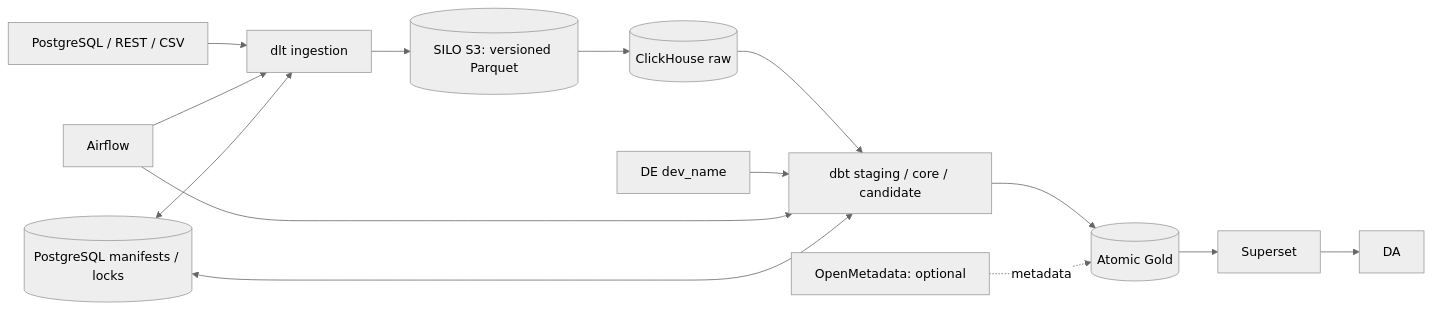
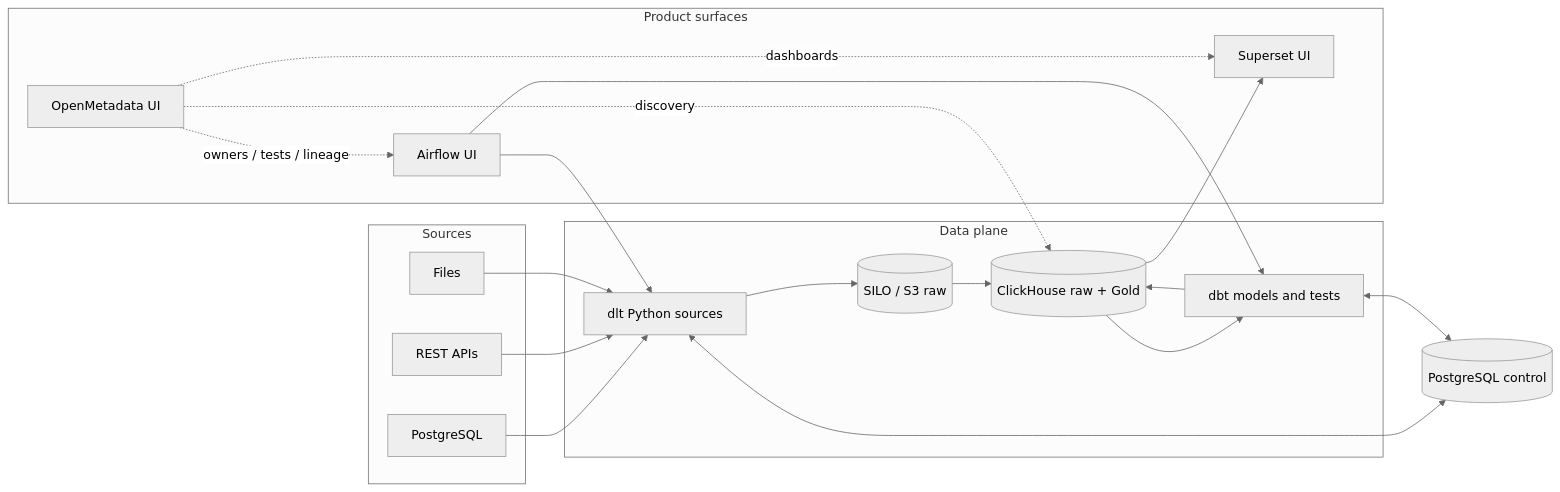
One commit to stephen-mt/Kest changed the diagram in docs/architecture.md. Above: the diagram before and after it, drawn with Mermaid (neutral theme). The commit also changed other lines of this file and 37 other files, not shown here.

````diff
--- a/docs/architecture.md
+++ b/docs/architecture.md
@@ -3,15 +3,29 @@
 ```mermaid
 flowchart LR
-  SRC[PostgreSQL / REST / CSV] --> ING[dlt ingestion]
-  ING --> S3[(SILO S3: versioned Parquet)]
-  S3 --> RAW[(ClickHouse raw)]
-  RAW --> DBT[dbt staging / core / candidate]
-  DBT --> GOLD[(Atomic Gold)]
-  GOLD --> BI[Superset] --> DA[DA]
-  DE[DE dev_name] --> DBT
-  AF[Airflow] --> ING
+  subgraph Sources
+    PG[PostgreSQL]
+    API[REST APIs]
+    CSV[Files]
+  end
+  subgraph Data plane
+    DLT[dlt Python sources]
+    S3[(SILO / S3 raw)]
+    CH[(ClickHouse raw + Gold)]
+    DBT[dbt models and tests]
+  end
+  subgraph Product surfaces
+    AF[Airflow UI]
+    SS[Superset UI]
+    OM[OpenMetadata UI]
+  end
+  CTL[(PostgreSQL control)]
+
+  PG & API & CSV --> DLT --> S3 --> CH --> DBT --> CH --> SS
+  AF --> DLT
   AF --> DBT
-  CTL[(PostgreSQL manifests / locks)] <--> ING
-  CTL <--> DBT
-  OM[OpenMetadata: optional] -. metadata .-> GOLD
+  DLT <--> CTL
+  DBT <--> CTL
+  OM -. owners / tests / lineage .-> AF
+  OM -. discovery .-> CH
+  OM -. dashboards .-> SS
 ```
````
